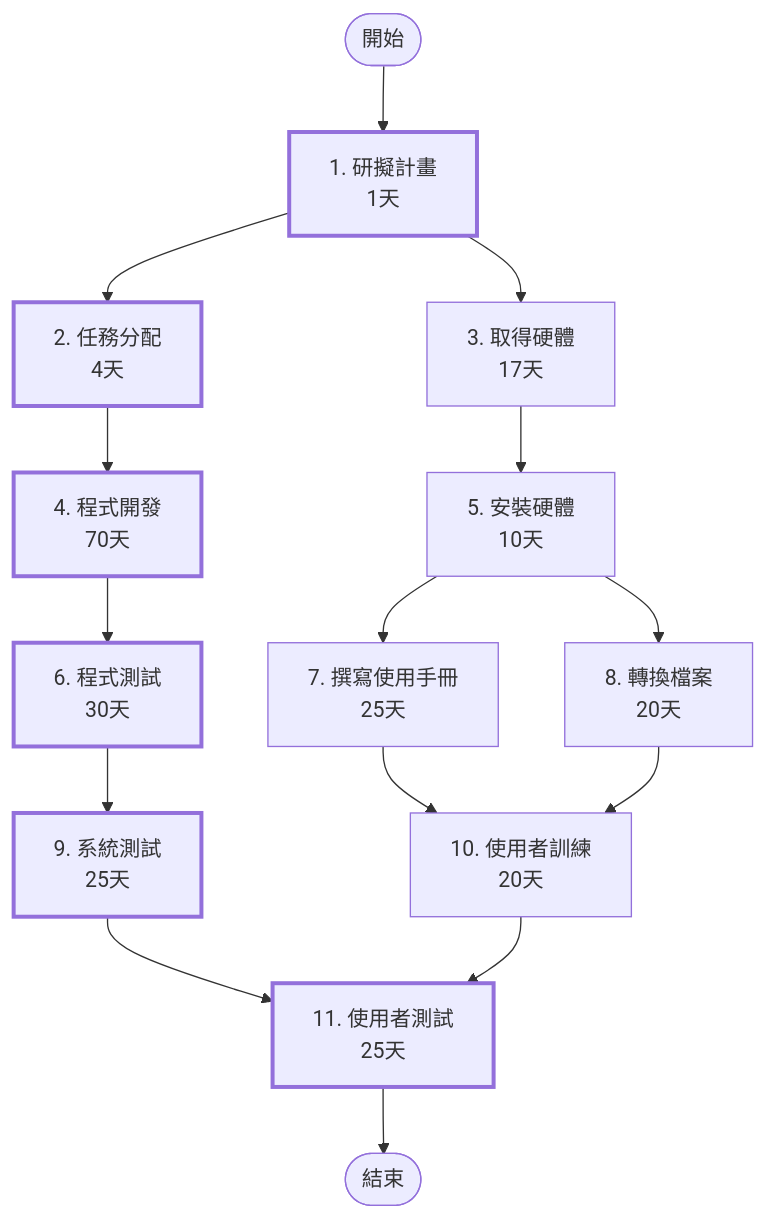
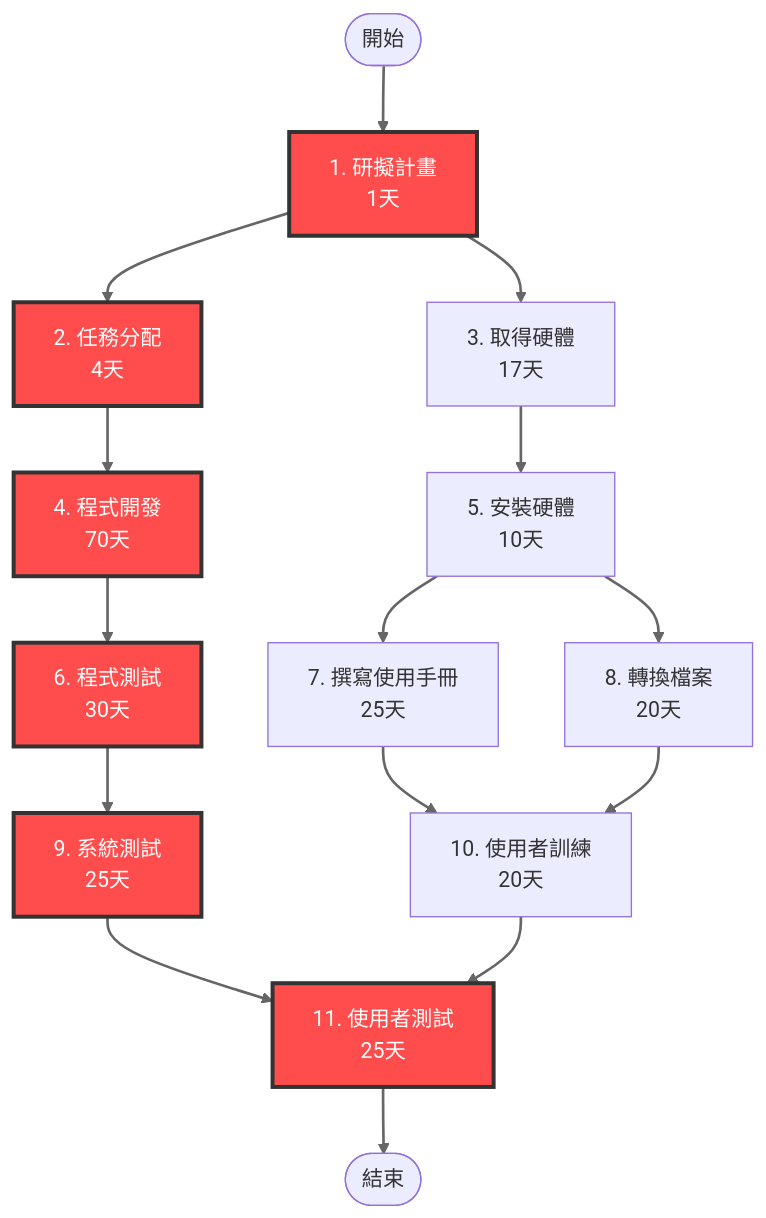
One commit to c112118220-system/114-b changed the first of 2 diagrams in hw2.md. Above: the diagram before and after it, drawn with Mermaid.

````diff
--- a/hw2.md
+++ b/hw2.md
@@ -20,20 +20,21 @@
 ```mermaid
 graph TD
     Start([開始]) --> T1[1. 研擬計畫<br/>1天]
     T1 --> T2[2. 任務分配<br/>4天]
     T1 --> T3[3. 取得硬體<br/>17天]
     T2 --> T4[4. 程式開發<br/>70天]
     T3 --> T5[5. 安裝硬體<br/>10天]
     T4 --> T6[6. 程式測試<br/>30天]
     T5 --> T7[7. 撰寫使用手冊<br/>25天]
     T5 --> T8[8. 轉換檔案<br/>20天]
     T6 --> T9[9. 系統測試<br/>25天]
     T7 --> T10[10. 使用者訓練<br/>20天]
     T8 --> T10
     T9 --> T11[11. 使用者測試<br/>25天]
     T10 --> T11
     T11 --> End([結束])
     
-    classDef critical fill:#fd1800stroke:#333,stroke-width:3px
+    classDef critical fill:#ff4d4d,stroke:#333,stroke-width:3px,color:#fff
     class T1,T2,T4,T6,T9,T11 critical
+ linkStyle default stroke-width:2px,fill:none,stroke:#666
 ```
````
